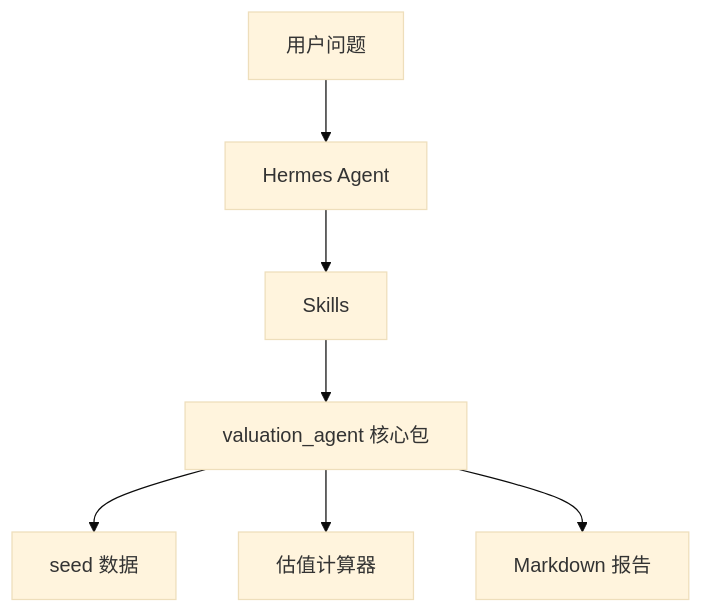
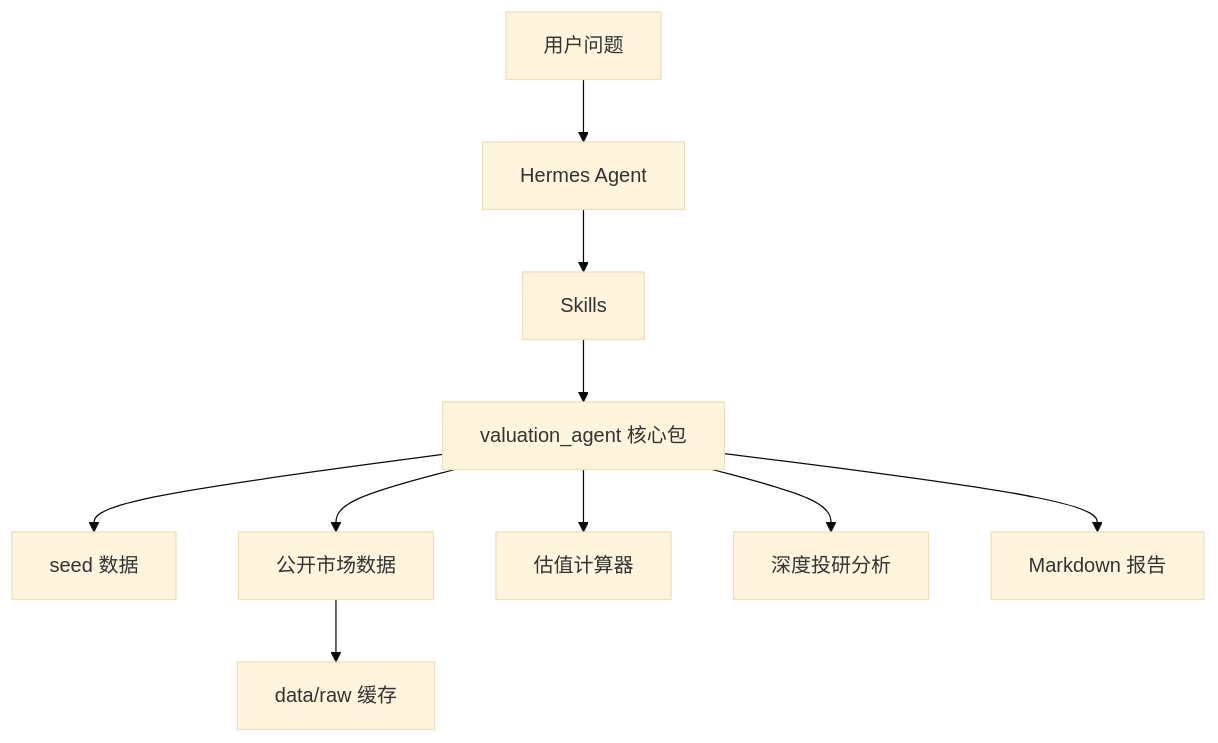
The diagram in docs/ARCHITECTURE.md (zhanglunet/valuation-agent), drawn with Mermaid (base theme) before and after one commit. The commit also changed other lines of this file and 21 other files, not shown here.

````diff
--- a/docs/ARCHITECTURE.md
+++ b/docs/ARCHITECTURE.md
@@ -3,9 +3,12 @@
 ```mermaid
 flowchart TD
     User["用户问题"] --> Hermes["Hermes Agent"]
     Hermes --> Skills["Skills"]
     Skills --> Core["valuation_agent 核心包"]
     Core --> Seed["seed 数据"]
+    Core --> PublicData["公开市场数据"]
+    PublicData --> Cache["data/raw 缓存"]
     Core --> Calc["估值计算器"]
+    Core --> Research["深度投研分析"]
     Core --> Report["Markdown 报告"]
 ```
````
